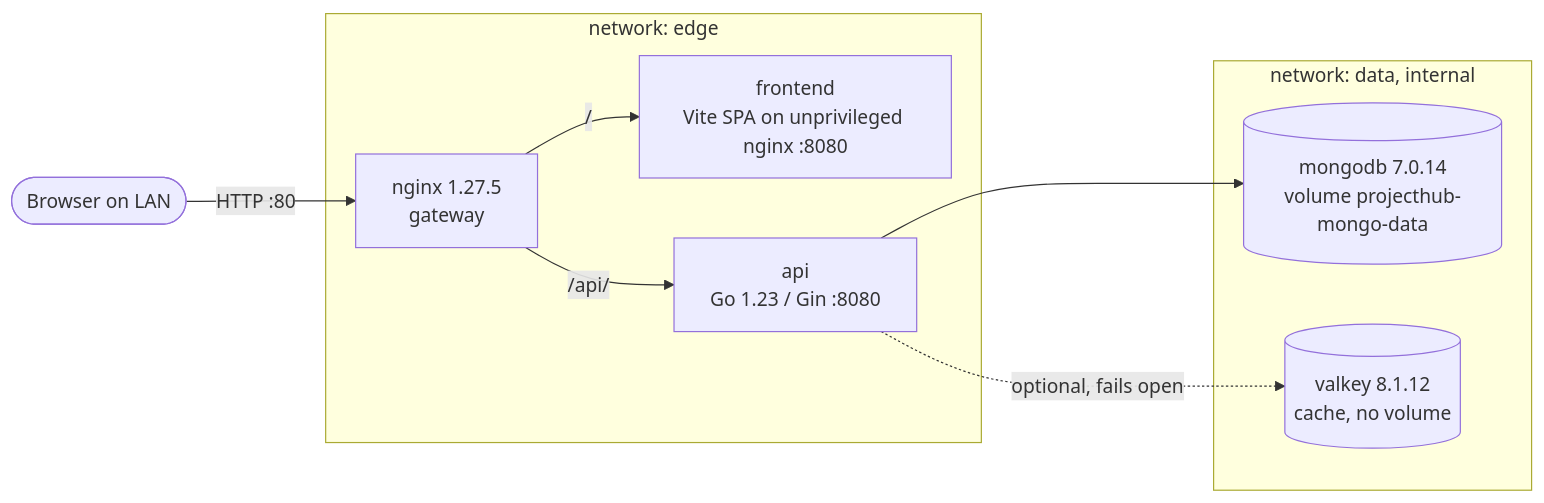
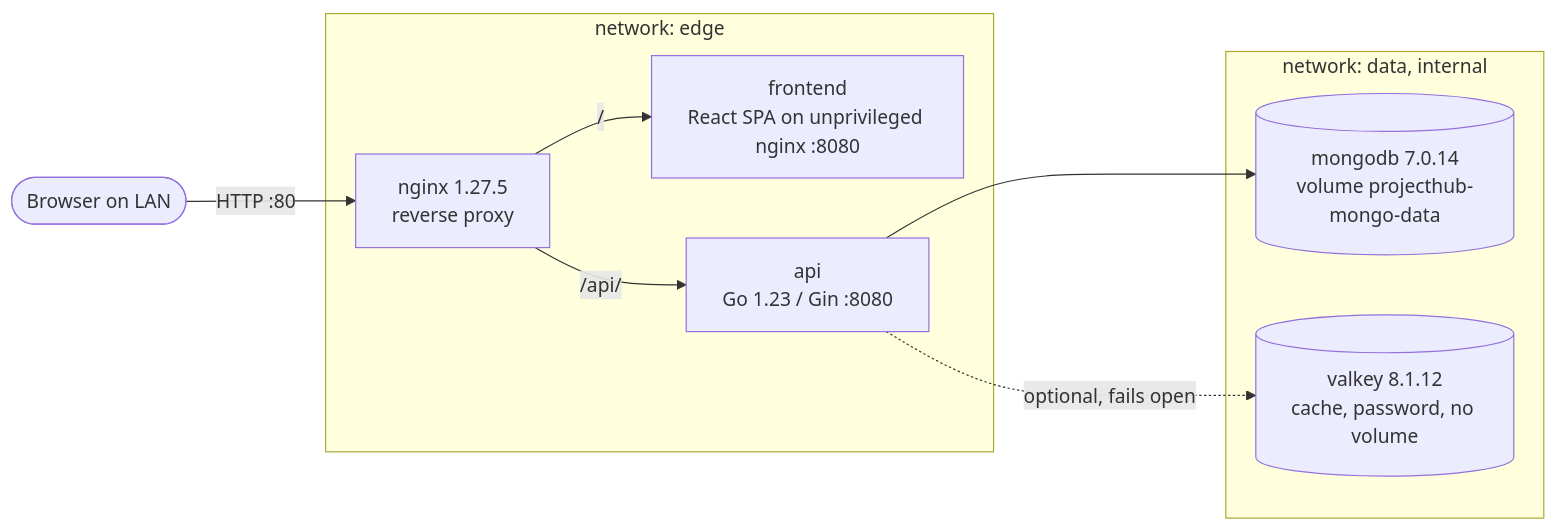
Before and after one commit to Angelosewase/qt-practical-test: the first of 2 diagrams in README.md, drawn with Mermaid. The commit also changed other lines of this file and 2 other files, not shown here.

````diff
--- a/README.md
+++ b/README.md
@@ -28,17 +88,17 @@
 ```mermaid
 flowchart LR
     client([Browser on LAN]) -->|HTTP :80| nginx
     subgraph edge [network: edge]
-      nginx[nginx 1.27.5<br/>gateway]
-      frontend[frontend<br/>Vite SPA on unprivileged nginx :8080]
+      nginx[nginx 1.27.5<br/>reverse proxy]
+      frontend[frontend<br/>React SPA on unprivileged nginx :8080]
       api[api<br/>Go 1.23 / Gin :8080]
     end
     subgraph data [network: data, internal]
       mongodb[(mongodb 7.0.14<br/>volume projecthub-mongo-data)]
-      valkey[(valkey 8.1.12<br/>cache, no volume)]
+      valkey[(valkey 8.1.12<br/>cache, password, no volume)]
     end
     nginx -->|"/"| frontend
     nginx -->|"/api/"| api
     api --> mongodb
     api -. optional, fails open .-> valkey
 ```
````
